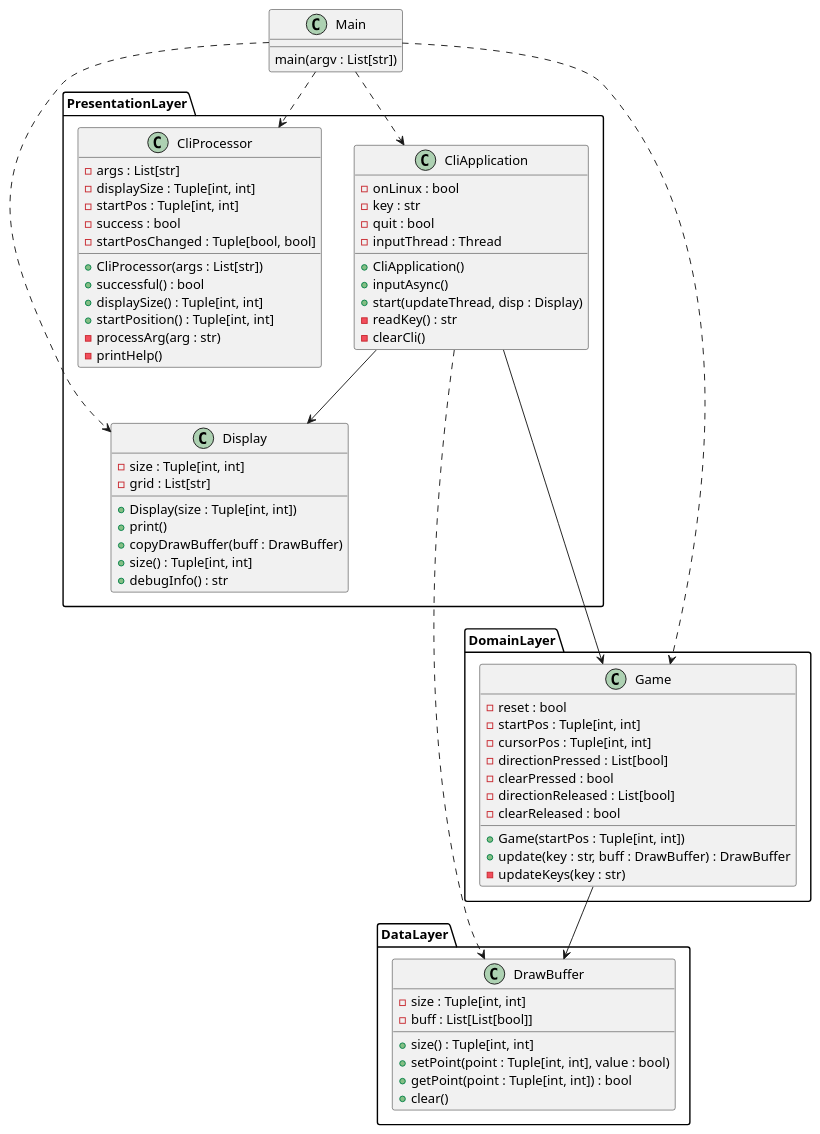
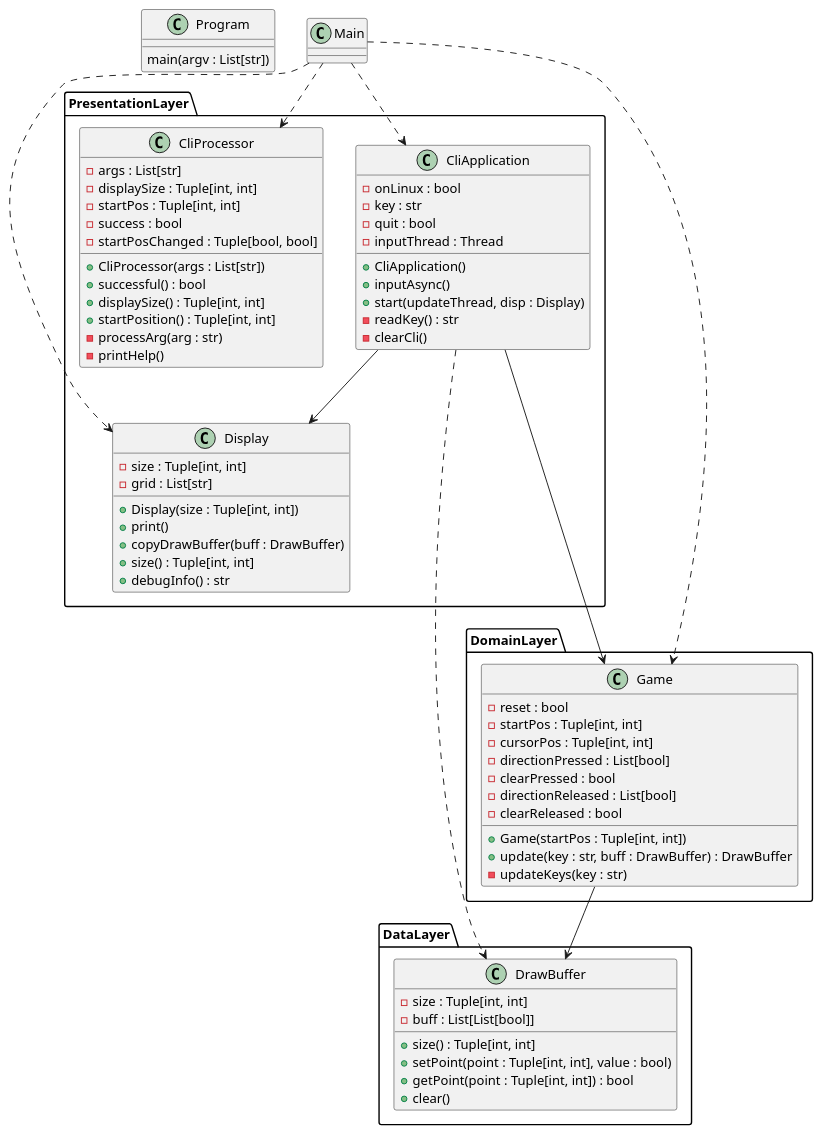
Before and after one commit to blueOkiris/EmbeddedLinuxClass: the first of 2 diagrams in hw01/docs/etchsketch.plantuml, drawn with PlantUML. The commit also changed 2 other files, not shown here.

Commit message:
Added documentation diagrams to readme

```diff
--- a/hw01/docs/etchsketch.plantuml
+++ b/hw01/docs/etchsketch.plantuml
@@ -1,86 +1,86 @@
 @startuml etch-a-sketch-class
 
-class Main {
+class Program {
     main(argv : List[str])
 }
 
 namespace PresentationLayer {
     class Display {
         - size : Tuple[int, int]
         - grid : List[str]
 
         + Display(size : Tuple[int, int])
         + print()
         + copyDrawBuffer(buff : DrawBuffer)
         + size() : Tuple[int, int]
         + debugInfo() : str
     }
 
     class CliApplication {
         - onLinux : bool
         - key : str
         - quit : bool
         - inputThread : Thread
 
         + CliApplication()
         + inputAsync()
         + start(updateThread, disp : Display)
         - readKey() : str
         - clearCli()
     }
 
     class CliProcessor {
         - args : List[str]
         - displaySize : Tuple[int, int]
         - startPos : Tuple[int, int]
         - success : bool
         - startPosChanged : Tuple[bool, bool]
 
         + CliProcessor(args : List[str])
         + successful() : bool
         + displaySize() : Tuple[int, int]
         + startPosition() : Tuple[int, int]
         - processArg(arg : str)
         - printHelp()
     }
 
     CliApplication --> Display
 }
 
 namespace DomainLayer {
     class Game {
         - reset : bool
         - startPos : Tuple[int, int]
         - cursorPos : Tuple[int, int]
         - directionPressed : List[bool]
         - clearPressed : bool
         - directionReleased : List[bool]
         - clearReleased : bool
         
         + Game(startPos : Tuple[int, int])
         + update(key : str, buff : DrawBuffer) : DrawBuffer
         - updateKeys(key : str)
     }
 }
 
 namespace DataLayer {
     class DrawBuffer {
         - size : Tuple[int, int]
         - buff : List[List[bool]]
 
         + size() : Tuple[int, int]
         + setPoint(point : Tuple[int, int], value : bool)
         + getPoint(point : Tuple[int, int]) : bool
         + clear()
     }
 }
 
 Main ..> PresentationLayer.CliProcessor
 Main ..> PresentationLayer.CliApplication
 Main ...> PresentationLayer.Display
 Main ....> DomainLayer.Game
 PresentationLayer.CliApplication ...> DataLayer.DrawBuffer
 PresentationLayer.CliApplication --> DomainLayer.Game
 DomainLayer.Game --> DataLayer.DrawBuffer
 
 @enduml
```
